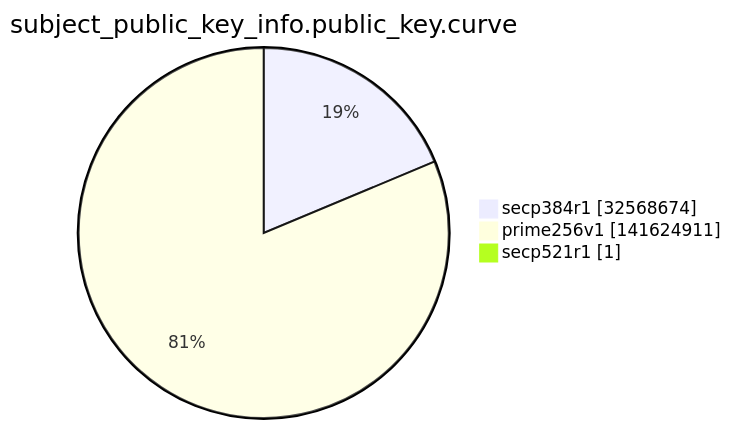
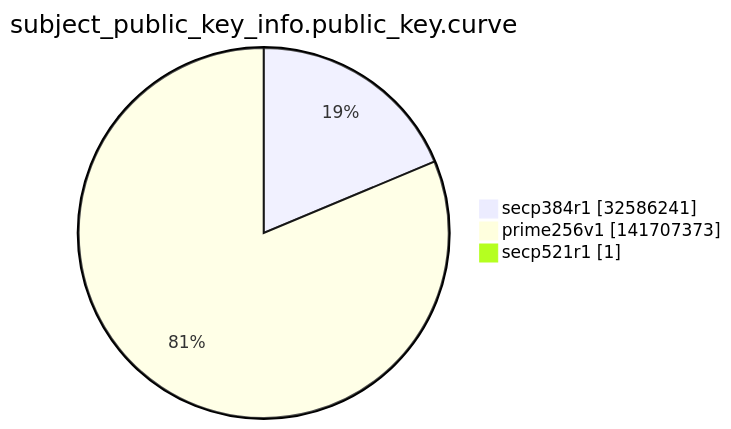
Before and after one commit to christiankrug/ctmonitor_visualization: the ninth of 15 diagrams in argon2022/README.md, drawn with Mermaid. The commit also changed other lines of this file, not shown here.

````diff
--- a/argon2022/README.md
+++ b/argon2022/README.md
@@ -2763,7 +2763,7 @@
 ```mermaid
 pie showData
 title subject_public_key_info.public_key.curve
-"secp384r1" :32568674
-"prime256v1" :141624911
+"secp384r1" :32586241
+"prime256v1" :141707373
 "secp521r1" :1
 ```
````
